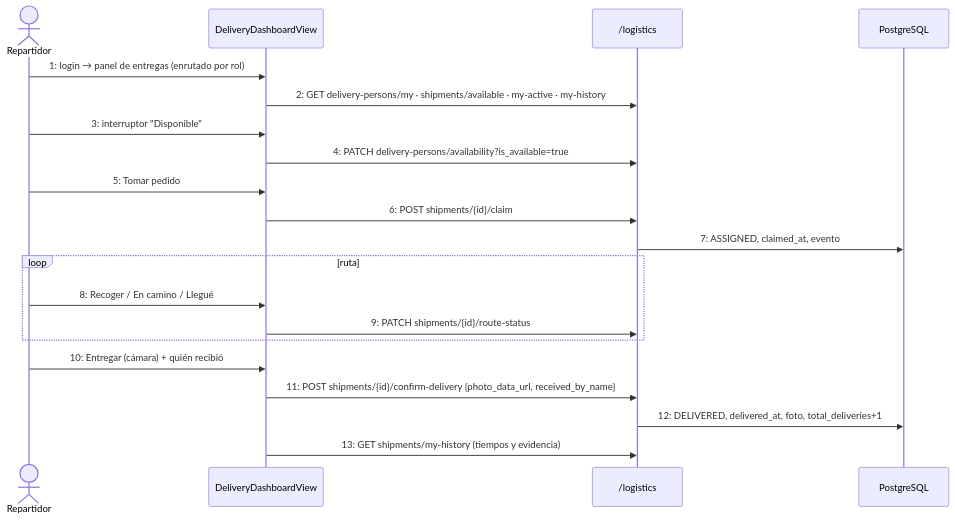
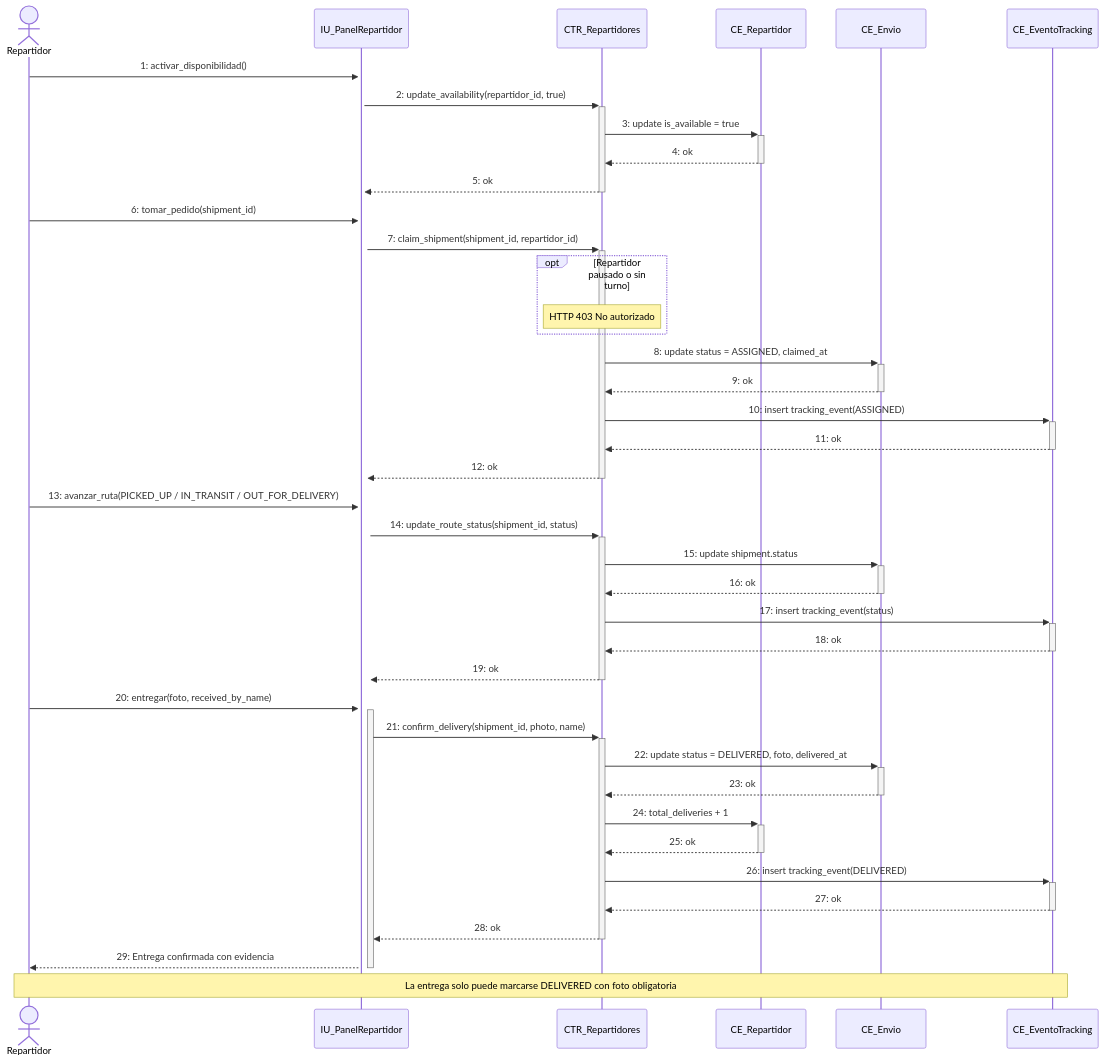
One commit to jc-larry/ecommerce changed diagram 27 of 38 in documentos/DOCUMENTACION_40_CASOS_DE_USO_DIAGRAMAS_SECUENCIA.md. Above: the diagram before and after it, drawn with Mermaid. The commit also changed other lines of this file and 148 other files, not shown here.

````diff
--- a/documentos/DOCUMENTACION_40_CASOS_DE_USO_DIAGRAMAS_SECUENCIA.md
+++ b/documentos/DOCUMENTACION_40_CASOS_DE_USO_DIAGRAMAS_SECUENCIA.md
@@ -1438,23 +1765,43 @@
 ```mermaid
 sequenceDiagram
     actor R as Repartidor
-    participant APP as DeliveryDashboardView
-    participant API as /logistics
-    participant DB as PostgreSQL
+    participant IU as IU_PanelRepartidor
+    participant CTR as CTR_Repartidores
+    participant CE_R as CE_Repartidor
+    participant CE_E as CE_Envio
+    participant CE_T as CE_EventoTracking
 
-    R->>APP: 1: login → panel de entregas (enrutado por rol)
-    APP->>API: 2: GET delivery-persons/my · shipments/available · my-active · my-history
-    R->>APP: 3: interruptor "Disponible"
-    APP->>API: 4: PATCH delivery-persons/availability?is_available=true
-    R->>APP: 5: Tomar pedido
-    APP->>API: 6: POST shipments/{id}/claim
-    API->>DB: 7: ASSIGNED, claimed_at, evento
-    loop ruta
-        R->>APP: 8: Recoger / En camino / Llegué
-        APP->>API: 9: PATCH shipments/{id}/route-status
+    R->>+IU: 1: activar_disponibilidad()
+    IU->>+CTR: 2: update_availability(repartidor_id, true)
+    CTR->>+CE_R: 3: update is_available = true
+    CE_R-->>-CTR: 4: ok
+    CTR-->>-IU: 5: ok
+    R->>+IU: 6: tomar_pedido(shipment_id)
+    IU->>+CTR: 7: claim_shipment(shipment_id, repartidor_id)
+    opt Repartidor pausado o sin turno
+        Note over CTR: HTTP 403 No autorizado
     end
-    R->>APP: 10: Entregar (cámara) + quién recibió
-    APP->>API: 11: POST shipments/{id}/confirm-delivery {photo_data_url, received_by_name}
-    API->>DB: 12: DELIVERED, delivered_at, foto, total_deliveries+1
-    APP->>API: 13: GET shipments/my-history (tiempos y evidencia)
+    CTR->>+CE_E: 8: update status = ASSIGNED, claimed_at
+    CE_E-->>-CTR: 9: ok
+    CTR->>+CE_T: 10: insert tracking_event(ASSIGNED)
+    CE_T-->>-CTR: 11: ok
+    CTR-->>-IU: 12: ok
+    R->>+IU: 13: avanzar_ruta(PICKED_UP / IN_TRANSIT / OUT_FOR_DELIVERY)
+    IU->>+CTR: 14: update_route_status(shipment_id, status)
+    CTR->>+CE_E: 15: update shipment.status
+    CE_E-->>-CTR: 16: ok
+    CTR->>+CE_T: 17: insert tracking_event(status)
+    CE_T-->>-CTR: 18: ok
+    CTR-->>-IU: 19: ok
+    R->>+IU: 20: entregar(foto, received_by_name)
+    IU->>+CTR: 21: confirm_delivery(shipment_id, photo, name)
+    CTR->>+CE_E: 22: update status = DELIVERED, foto, delivered_at
+    CE_E-->>-CTR: 23: ok
+    CTR->>+CE_R: 24: total_deliveries + 1
+    CE_R-->>-CTR: 25: ok
+    CTR->>+CE_T: 26: insert tracking_event(DELIVERED)
+    CE_T-->>-CTR: 27: ok
+    CTR-->>-IU: 28: ok
+    IU-->>-R: 29: Entrega confirmada con evidencia
+    Note over R,CE_T: La entrega solo puede marcarse DELIVERED con foto obligatoria
 ```
````
